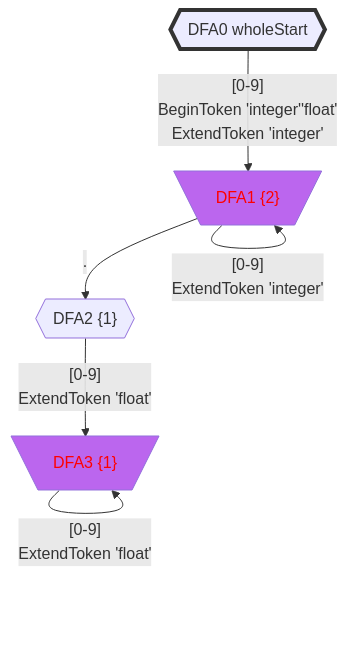
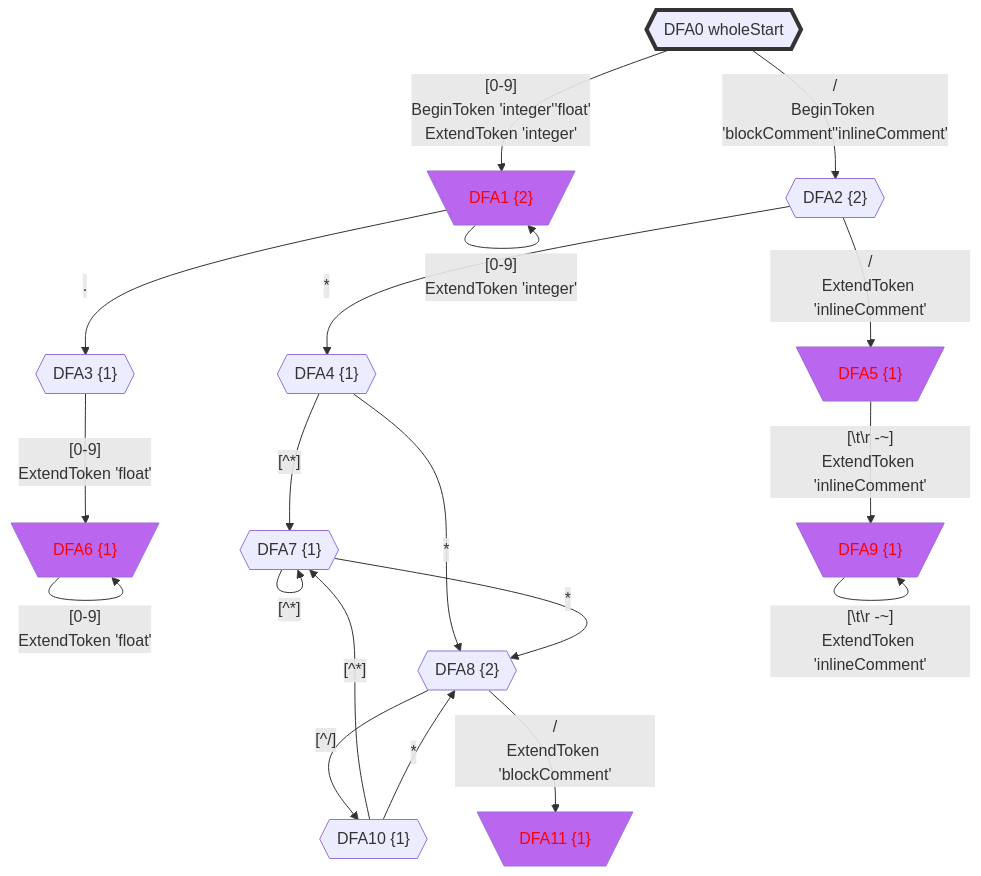
One commit to bitzhuwei/GrammarMentor changed the first of 5 diagrams in Practices/Practice.GeneratedXxxFormat.Test/GeneratedNumbers/doc/README-full.gen.md. Above: the diagram before and after it, drawn with Mermaid. The commit also changed other lines of this file and 3868 other files, not shown here.

````diff
--- a/Practices/Practice.GeneratedXxxFormat.Test/GeneratedNumbers/doc/README-full.gen.md
+++ b/Practices/Practice.GeneratedXxxFormat.Test/GeneratedNumbers/doc/README-full.gen.md
@@ -21,36 +21,65 @@
 ```Mermaid
 flowchart
 classDef c0001 color:#FF0000;
 classDef c0010 stroke-dasharray: 10 10;
 classDef c0011 stroke-dasharray: 10 10,color:#FF0000;
 classDef c0100 fill:#BB66EE;
 classDef c0101 fill:#BB66EE,color:#FF0000;
 classDef c0110 fill:#BB66EE,stroke-dasharray: 10 10;
 classDef c0111 fill:#BB66EE,stroke-dasharray: 10 10,color:#FF0000;
 classDef c1000 stroke:#333,stroke-width:4px;
 classDef c1001 stroke:#333,stroke-width:4px,color:#FF0000;
 classDef c1010 stroke:#333,stroke-width:4px,stroke-dasharray: 10 10;
 classDef c1011 stroke:#333,stroke-width:4px,stroke-dasharray: 10 10,color:#FF0000;
 classDef c1100 stroke:#333,stroke-width:4px,fill:#BB66EE;
 classDef c1101 stroke:#333,stroke-width:4px,fill:#BB66EE,color:#FF0000;
 classDef c1110 stroke:#333,stroke-width:4px,fill:#BB66EE,stroke-dasharray: 10 10;
 classDef c1111 stroke:#333,stroke-width:4px,fill:#BB66EE,stroke-dasharray: 10 10,color:#FF0000;
-DFA0_-719760743{{"DFA0 wholeStart"}}
-class DFA0_-719760743 c1000;
-DFA1_-1749208652[\"DFA1 {2}"/]
-class DFA1_-1749208652 c0101;
-DFA2_-646656898{{"DFA2 {1}"}}
-DFA3_-496823011[\"DFA3 {1}"/]
-class DFA3_-496823011 c0101;
-DFA0_-719760743 -->|"[0-9]
+DFA0_-771602367{{"DFA0 wholeStart"}}
+class DFA0_-771602367 c1000;
+DFA1_-1280135935[\"DFA1 {2}"/]
+class DFA1_-1280135935 c0101;
+DFA2_1441873589{{"DFA2 {2}"}}
+DFA3_816773074{{"DFA3 {1}"}}
+DFA4_2093590239{{"DFA4 {1}"}}
+DFA5_648968295[\"DFA5 {1}"/]
+class DFA5_648968295 c0101;
+DFA6_1463751463[\"DFA6 {1}"/]
+class DFA6_1463751463 c0101;
+DFA7_-664238604{{"DFA7 {1}"}}
+DFA8_-1012450386{{"DFA8 {2}"}}
+DFA9_-1308847123[\"DFA9 {1}"/]
+class DFA9_-1308847123 c0101;
+DFA10_155505367{{"DFA10 {1}"}}
+DFA11_-175018733[\"DFA11 {1}"/]
+class DFA11_-175018733 c0101;
+DFA0_-771602367 -->|"[0-9]
 BeginToken 'integer''float'
-ExtendToken 'integer'"|DFA1_-1749208652
-DFA1_-1749208652 -->|"[0-9]
-ExtendToken 'integer'"|DFA1_-1749208652
-DFA1_-1749208652 -->|"."|DFA2_-646656898
-DFA2_-646656898 -->|"[0-9]
-ExtendToken 'float'"|DFA3_-496823011
-DFA3_-496823011 -->|"[0-9]
-ExtendToken 'float'"|DFA3_-496823011
+ExtendToken 'integer'"|DFA1_-1280135935
+DFA0_-771602367 -->|"/
+BeginToken 'blockComment''inlineComment'"|DFA2_1441873589
+DFA1_-1280135935 -->|"[0-9]
+ExtendToken 'integer'"|DFA1_-1280135935
+DFA1_-1280135935 -->|"."|DFA3_816773074
+DFA2_1441873589 -->|"*"|DFA4_2093590239
+DFA2_1441873589 -->|"/
+ExtendToken 'inlineComment'"|DFA5_648968295
+DFA3_816773074 -->|"[0-9]
+ExtendToken 'float'"|DFA6_1463751463
+DFA4_2093590239 -->|"[^*]"|DFA7_-664238604
+DFA4_2093590239 -->|"*"|DFA8_-1012450386
+DFA5_648968295 -->|"[#92;t#92;r#32;-~]
+ExtendToken 'inlineComment'"|DFA9_-1308847123
+DFA6_1463751463 -->|"[0-9]
+ExtendToken 'float'"|DFA6_1463751463
+DFA7_-664238604 -->|"[^*]"|DFA7_-664238604
+DFA7_-664238604 -->|"*"|DFA8_-1012450386
+DFA8_-1012450386 -->|"[^/]"|DFA10_155505367
+DFA8_-1012450386 -->|"/
+ExtendToken 'blockComment'"|DFA11_-175018733
+DFA9_-1308847123 -->|"[#92;t#92;r#32;-~]
+ExtendToken 'inlineComment'"|DFA9_-1308847123
+DFA10_155505367 -->|"[^*]"|DFA7_-664238604
+DFA10_155505367 -->|"*"|DFA8_-1012450386
 
 ```
````
